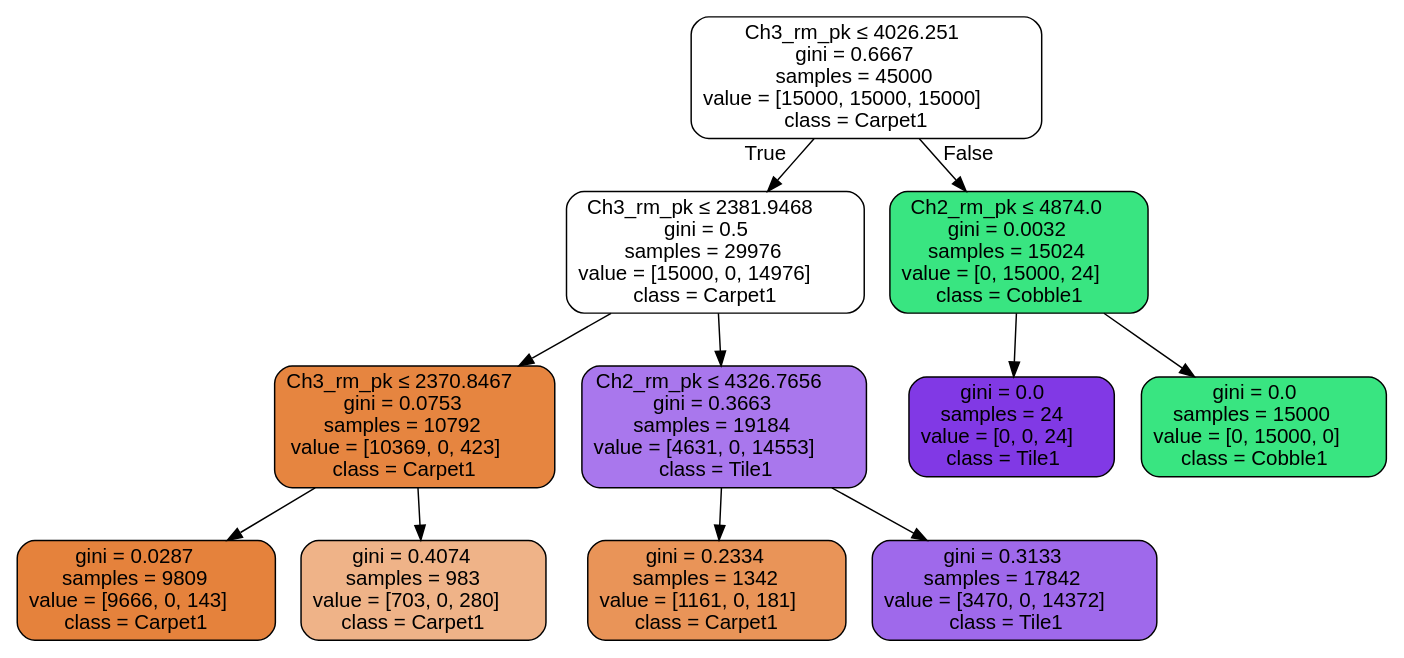
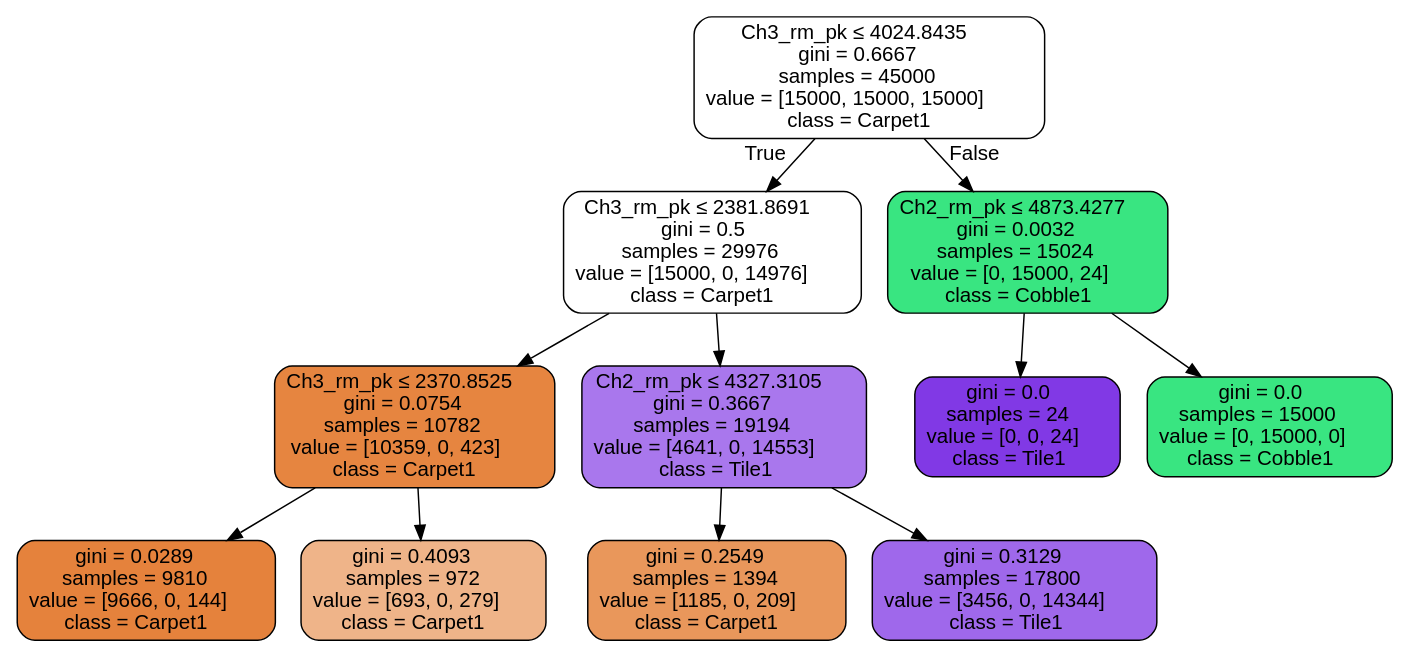
Before and after one commit to MoreCoffee12/AccelPlot: the diagram in PythonScripts/None3.dot, drawn with Graphviz. The commit also changed 7 other files, not shown here.

```diff
--- a/PythonScripts/None3.dot
+++ b/PythonScripts/None3.dot
@@ -1,25 +1,25 @@
 digraph Tree {
 node [shape=box, style="filled, rounded", color="black", fontname=helvetica] ;
 edge [fontname=helvetica] ;
-0 [label=<Ch3_rm_pk &le; 4026.251<br/>gini = 0.6667<br/>samples = 45000<br/>value = [15000, 15000, 15000]<br/>class = Carpet1>, fillcolor="#e5813900"] ;
-1 [label=<Ch3_rm_pk &le; 2381.9468<br/>gini = 0.5<br/>samples = 29976<br/>value = [15000, 0, 14976]<br/>class = Carpet1>, fillcolor="#e5813900"] ;
+0 [label=<Ch3_rm_pk &le; 4024.8435<br/>gini = 0.6667<br/>samples = 45000<br/>value = [15000, 15000, 15000]<br/>class = Carpet1>, fillcolor="#e5813900"] ;
+1 [label=<Ch3_rm_pk &le; 2381.8691<br/>gini = 0.5<br/>samples = 29976<br/>value = [15000, 0, 14976]<br/>class = Carpet1>, fillcolor="#e5813900"] ;
 0 -> 1 [labeldistance=2.5, labelangle=45, headlabel="True"] ;
-2 [label=<Ch3_rm_pk &le; 2370.8467<br/>gini = 0.0753<br/>samples = 10792<br/>value = [10369, 0, 423]<br/>class = Carpet1>, fillcolor="#e58139f5"] ;
+2 [label=<Ch3_rm_pk &le; 2370.8525<br/>gini = 0.0754<br/>samples = 10782<br/>value = [10359, 0, 423]<br/>class = Carpet1>, fillcolor="#e58139f5"] ;
 1 -> 2 ;
-3 [label=<gini = 0.0287<br/>samples = 9809<br/>value = [9666, 0, 143]<br/>class = Carpet1>, fillcolor="#e58139fb"] ;
+3 [label=<gini = 0.0289<br/>samples = 9810<br/>value = [9666, 0, 144]<br/>class = Carpet1>, fillcolor="#e58139fb"] ;
 2 -> 3 ;
-4 [label=<gini = 0.4074<br/>samples = 983<br/>value = [703, 0, 280]<br/>class = Carpet1>, fillcolor="#e5813999"] ;
+4 [label=<gini = 0.4093<br/>samples = 972<br/>value = [693, 0, 279]<br/>class = Carpet1>, fillcolor="#e5813998"] ;
 2 -> 4 ;
-5 [label=<Ch2_rm_pk &le; 4326.7656<br/>gini = 0.3663<br/>samples = 19184<br/>value = [4631, 0, 14553]<br/>class = Tile1>, fillcolor="#8139e5ae"] ;
+5 [label=<Ch2_rm_pk &le; 4327.3105<br/>gini = 0.3667<br/>samples = 19194<br/>value = [4641, 0, 14553]<br/>class = Tile1>, fillcolor="#8139e5ae"] ;
 1 -> 5 ;
-6 [label=<gini = 0.2334<br/>samples = 1342<br/>value = [1161, 0, 181]<br/>class = Carpet1>, fillcolor="#e58139d7"] ;
+6 [label=<gini = 0.2549<br/>samples = 1394<br/>value = [1185, 0, 209]<br/>class = Carpet1>, fillcolor="#e58139d2"] ;
 5 -> 6 ;
-7 [label=<gini = 0.3133<br/>samples = 17842<br/>value = [3470, 0, 14372]<br/>class = Tile1>, fillcolor="#8139e5c1"] ;
+7 [label=<gini = 0.3129<br/>samples = 17800<br/>value = [3456, 0, 14344]<br/>class = Tile1>, fillcolor="#8139e5c2"] ;
 5 -> 7 ;
-8 [label=<Ch2_rm_pk &le; 4874.0<br/>gini = 0.0032<br/>samples = 15024<br/>value = [0, 15000, 24]<br/>class = Cobble1>, fillcolor="#39e581ff"] ;
+8 [label=<Ch2_rm_pk &le; 4873.4277<br/>gini = 0.0032<br/>samples = 15024<br/>value = [0, 15000, 24]<br/>class = Cobble1>, fillcolor="#39e581ff"] ;
 0 -> 8 [labeldistance=2.5, labelangle=-45, headlabel="False"] ;
 9 [label=<gini = 0.0<br/>samples = 24<br/>value = [0, 0, 24]<br/>class = Tile1>, fillcolor="#8139e5ff"] ;
 8 -> 9 ;
 10 [label=<gini = 0.0<br/>samples = 15000<br/>value = [0, 15000, 0]<br/>class = Cobble1>, fillcolor="#39e581ff"] ;
 8 -> 10 ;
 }
```
